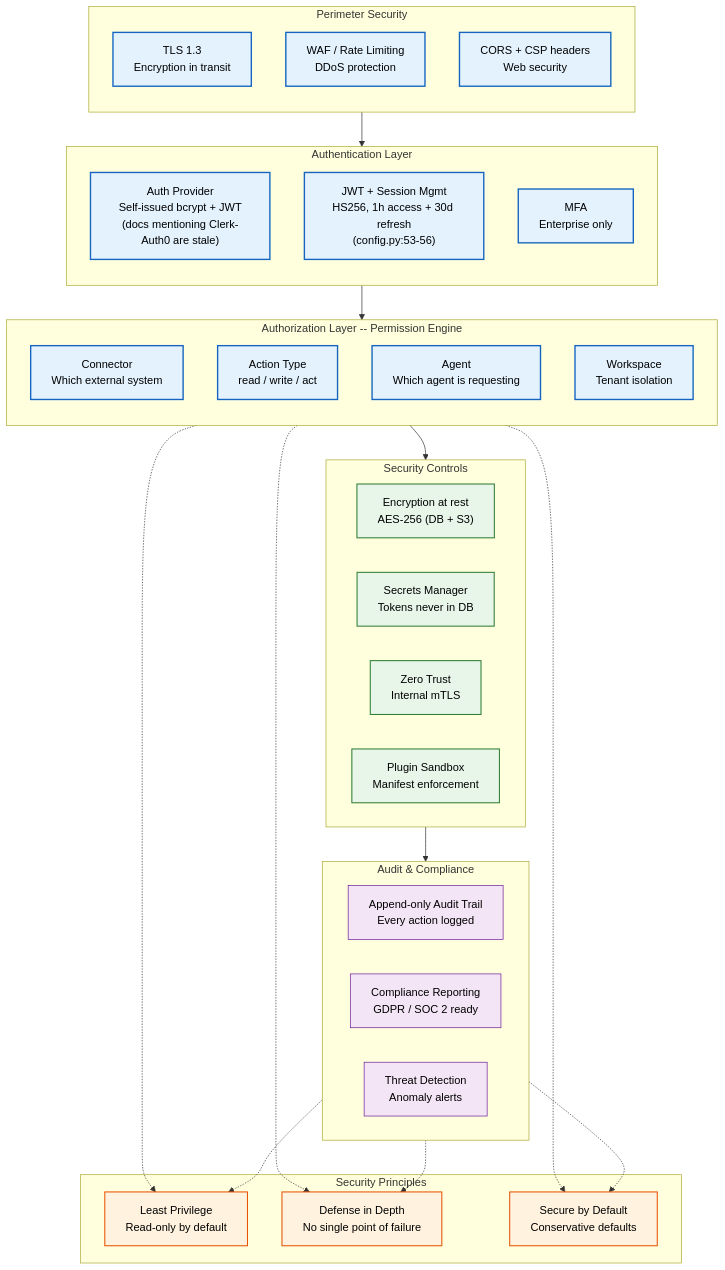
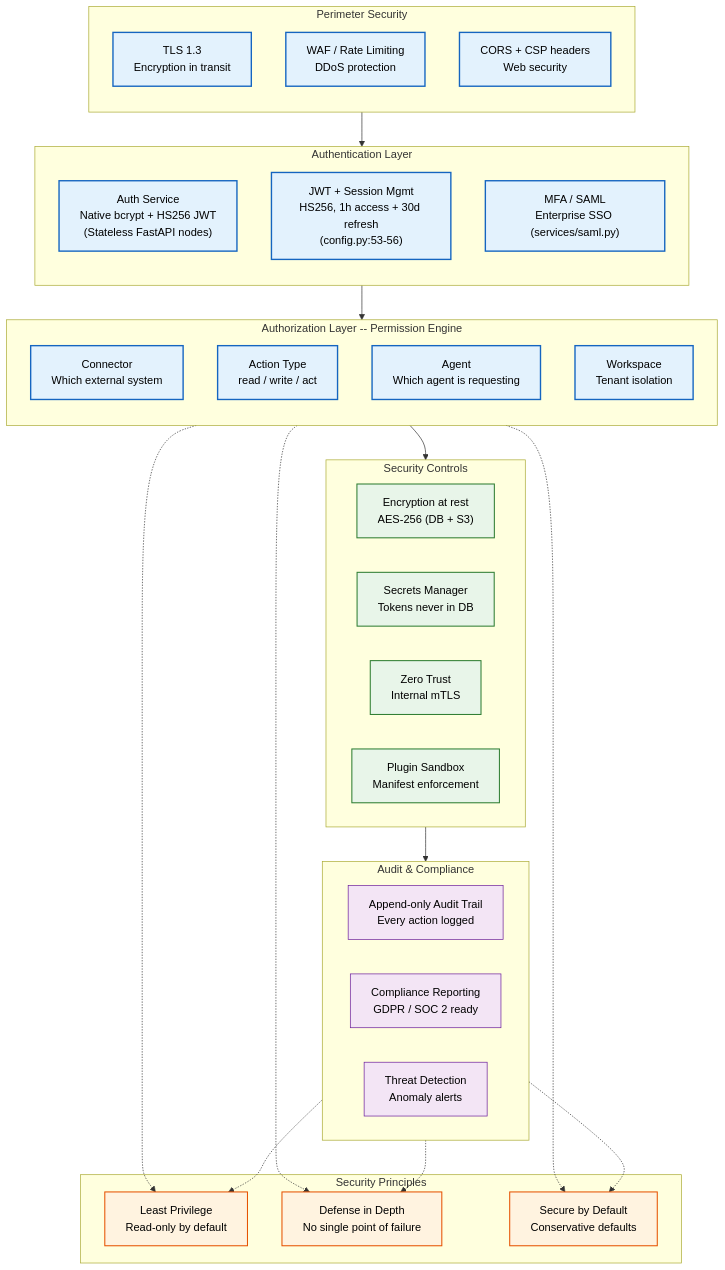
The first of 2 diagrams in docs/security/Security-Architecture.md (Driftloom/Vaeloom), drawn with Mermaid before and after one commit. The commit also changed other lines of this file and 6 other files, not shown here.

Commit message:
feat(auth): add saml acs callback routes and update security architecture specs

````diff
--- a/docs/security/Security-Architecture.md
+++ b/docs/security/Security-Architecture.md
@@ -10,60 +10,60 @@
 ```mermaid
 graph TD
  classDef layer fill:#e3f2fd,stroke:#1565c0,color:#000,stroke-width:2px
  classDef control fill:#e8f5e9,stroke:#2e7d32,color:#000,stroke-width:1.5px
  classDef principle fill:#fff3e0,stroke:#e65100,color:#000,stroke-width:1.5px
  classDef audit fill:#f3e5f5,stroke:#6a1b9a,color:#000,stroke-width:1px
 
  subgraph Perimeter["Perimeter Security"]
  direction TB
  P1["TLS 1.3<br/>Encryption in transit"]
  P2["WAF / Rate Limiting<br/>DDoS protection"]
  P3["CORS + CSP headers<br/>Web security"]
  end
 
   subgraph AuthN["Authentication Layer"]
   direction TB
-  A1["Auth Provider<br/>Self-issued bcrypt + JWT<br/>(docs mentioning Clerk-Auth0 are stale)"]
+  A1["Auth Service<br/>Native bcrypt + HS256 JWT<br/>(Stateless FastAPI nodes)"]
   A2["JWT + Session Mgmt<br/>HS256, 1h access + 30d refresh<br/>(config.py:53-56)"]
-  A3["MFA<br/>Enterprise only"]
+  A3["MFA / SAML<br/>Enterprise SSO (services/saml.py)"]
   end
 
  subgraph AuthZ["Authorization Layer -- Permission Engine"]
  direction TB
  Z1["Connector<br/>Which external system"]
  Z2["Action Type<br/>read / write / act"]
  Z3["Agent<br/>Which agent is requesting"]
  Z4["Workspace<br/>Tenant isolation"]
  end
 
  subgraph Controls["Security Controls"]
  C1["Encryption at rest<br/>AES-256 (DB + S3)"]
  C2["Secrets Manager<br/>Tokens never in DB"]
  C3["Zero Trust<br/>Internal mTLS"]
  C4["Plugin Sandbox<br/>Manifest enforcement"]
  end
 
  subgraph Audit["Audit & Compliance"]
  D1["Append-only Audit Trail<br/>Every action logged"]
  D2["Compliance Reporting<br/>GDPR / SOC 2 ready"]
  D3["Threat Detection<br/>Anomaly alerts"]
  end
 
  subgraph Principles["Security Principles"]
  R1["Least Privilege<br/>Read-only by default"]
  R2["Defense in Depth<br/>No single point of failure"]
  R3["Secure by Default<br/>Conservative defaults"]
  end
 
  Perimeter--> AuthN--> AuthZ--> Controls--> Audit
  AuthZ -.-> R1 & R2 & R3
  Audit -.-> R1 & R2 & R3
 
  class P1,P2,P3 layer
  class A1,A2,A3 layer
  class Z1,Z2,Z3,Z4 layer
  class C1,C2,C3,C4 control
  class D1,D2,D3 audit
  class R1,R2,R3 principle
 
 ```
````
